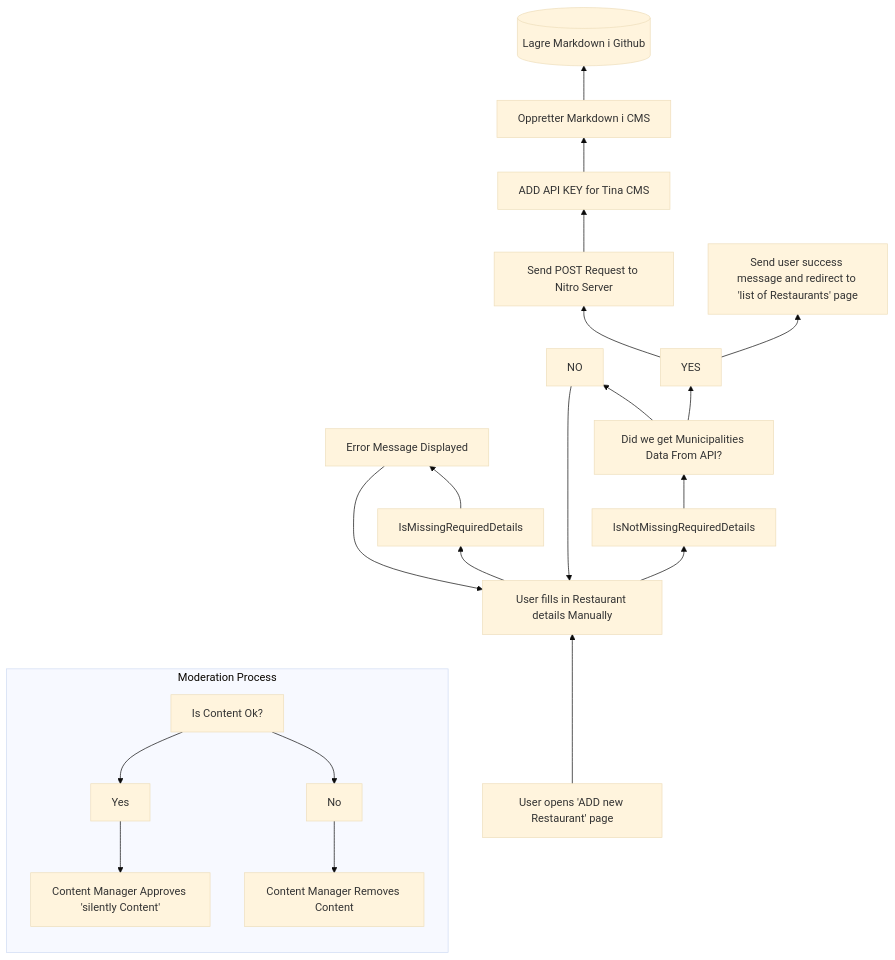
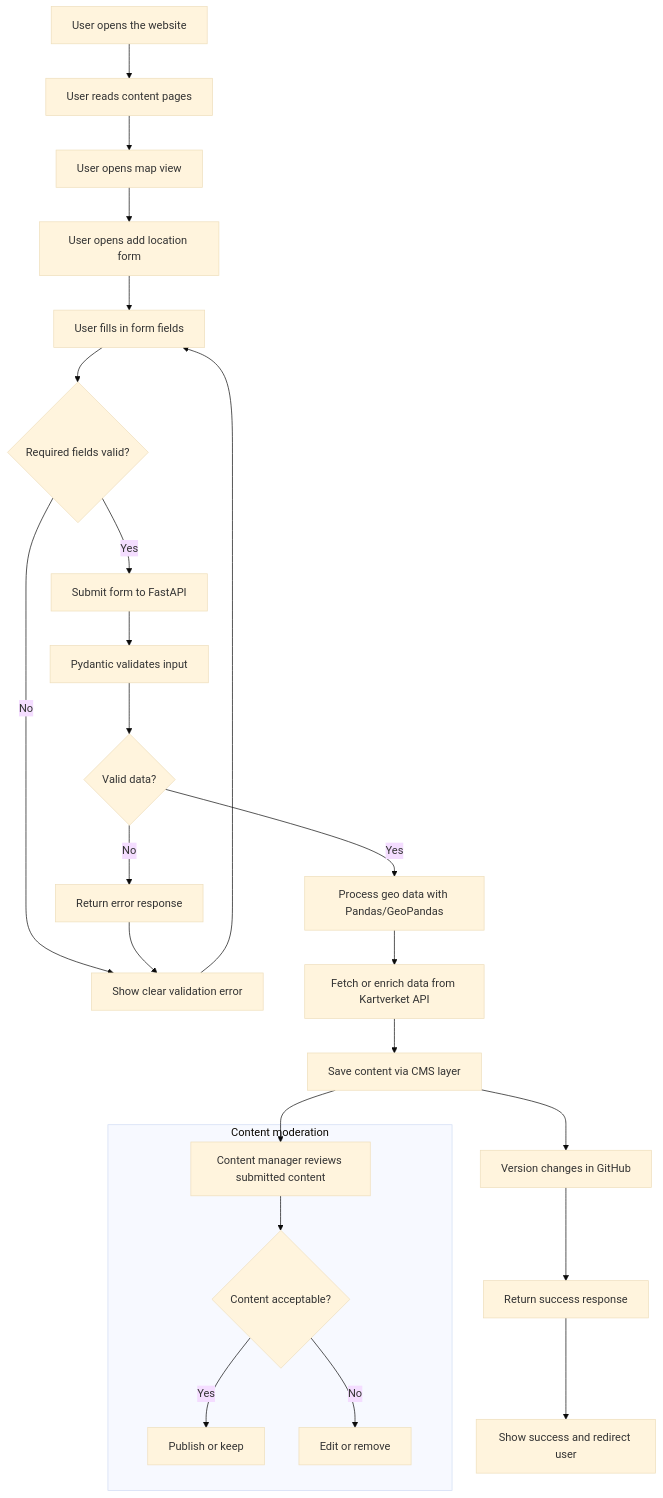
The diagram in docs/userJourney-flowChartDiagram.md (krigjo25/PuraSecurus), drawn with Mermaid (base theme) before and after one commit. The commit also changed 4 other files, not shown here.

Commit message:
docs(Document): 🎨 Align Diagrams with the New README structure.

````diff
--- a/docs/userJourney-flowChartDiagram.md
+++ b/docs/userJourney-flowChartDiagram.md
@@ -1,21 +1,37 @@
 ```mermaid
-flowchart BT
-    A[User opens 'ADD new Restaurant' page] --> B[User fills in Restaurant details Manually]
-    B --> IsMissingRequiredDetails --> C[Error Message Displayed]
-    C --> B
+flowchart TD
+    A[User opens the website] --> B[User reads content pages]
+    B --> C[User opens map view]
+    C --> D[User opens add location form]
+    D --> E[User fills in form fields]
 
-    B --> IsNotMissingRequiredDetails --> D[Did we get Municipalities Data From API?]
-    D --> NO --> B
+    E --> F{Required fields valid?}
+    F -->|No| G[Show clear validation error]
+    G --> E
 
+    F -->|Yes| H[Submit form to FastAPI]
+    H --> I[Pydantic validates input]
+    I --> J{Valid data?}
 
-    D --> YES --> E[Send POST Request to Nitro Server]
-    YES --> I[ Send user success message and redirect to 'list of Restaurants' page]
-    E --> F[ADD API KEY for Tina CMS]
-    F --> G[Oppretter Markdown i CMS]
-    G --> H[(Lagre Markdown i Github)]
+    J -->|No| K[Return error response]
+    K --> G
 
-    subgraph Moderation[Moderation Process]
-    J[Is Content Ok?] --> Yes --> K[Content Manager Approves 'silently Content']
-    J --> No --> L[Content Manager Removes Content]
+    J -->|Yes| L[Process geo data with Pandas/GeoPandas]
+    L --> M[Fetch or enrich data from Kartverket API]
+    M --> N[Save content via CMS layer]
+    N --> O[Version changes in GitHub]
+    O --> P[Return success response]
+    P --> Q[Show success and redirect user]
+
+    subgraph Moderation[Content moderation]
+        R[Content manager reviews submitted content]
+        S{Content acceptable?}
+        T[Publish or keep]
+        U[Edit or remove]
+        R --> S
+        S -->|Yes| T
+        S -->|No| U
     end
+
+    N --> R
 ```
````
